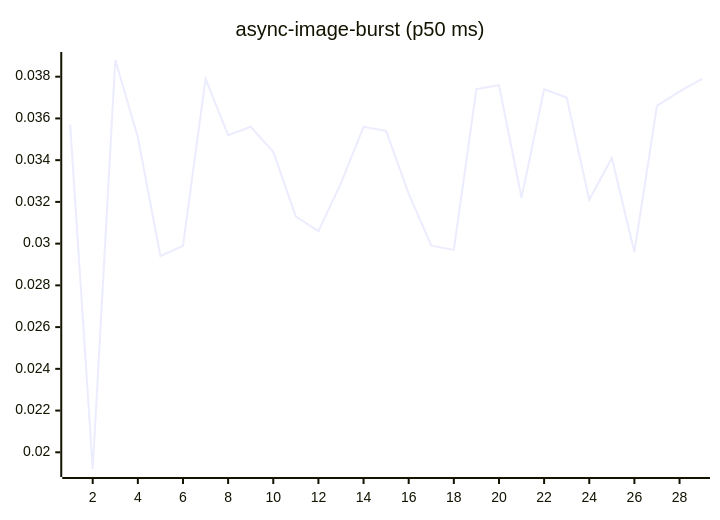
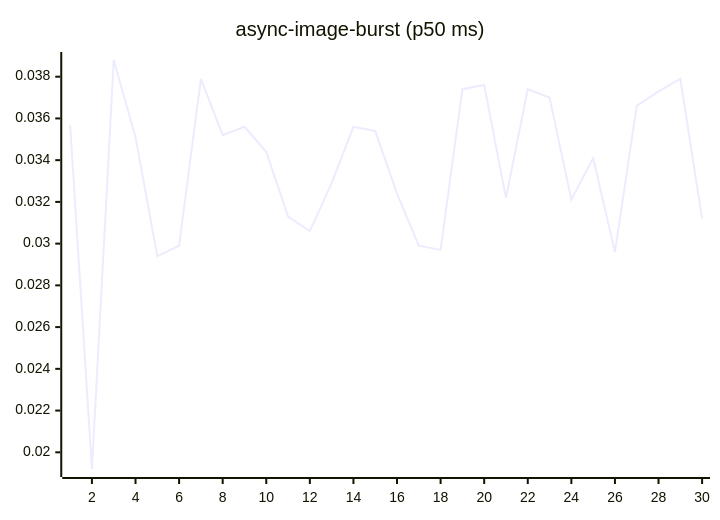
Before and after one commit to josha/Facet: the fourth of 27 diagrams in README.md, drawn with Mermaid. The commit also changed other lines of this file and 2 other files, not shown here.

````diff
--- a/README.md
+++ b/README.md
@@ -84,6 +84,6 @@
 ```mermaid
 xychart-beta
     title "async-image-burst (p50 ms)"
-    x-axis 1 --> 29
-    line [0.0357, 0.0192, 0.0388, 0.0351, 0.0294, 0.0299, 0.0379, 0.0352, 0.0356, 0.0344, 0.0313, 0.0306, 0.0329, 0.0356, 0.0354, 0.0324, 0.0299, 0.0297, 0.0374, 0.0376, 0.0322, 0.0374, 0.0370, 0.0321, 0.0341, 0.0296, 0.0366, 0.0373, 0.0379]
+    x-axis 1 --> 30
+    line [0.0357, 0.0192, 0.0388, 0.0351, 0.0294, 0.0299, 0.0379, 0.0352, 0.0356, 0.0344, 0.0313, 0.0306, 0.0329, 0.0356, 0.0354, 0.0324, 0.0299, 0.0297, 0.0374, 0.0376, 0.0322, 0.0374, 0.0370, 0.0321, 0.0341, 0.0296, 0.0366, 0.0373, 0.0379, 0.0312]
 ```
````
